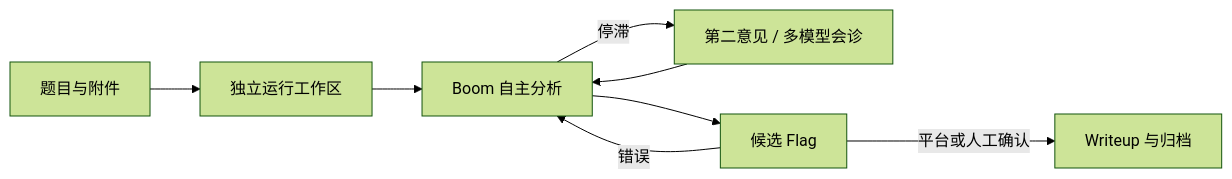
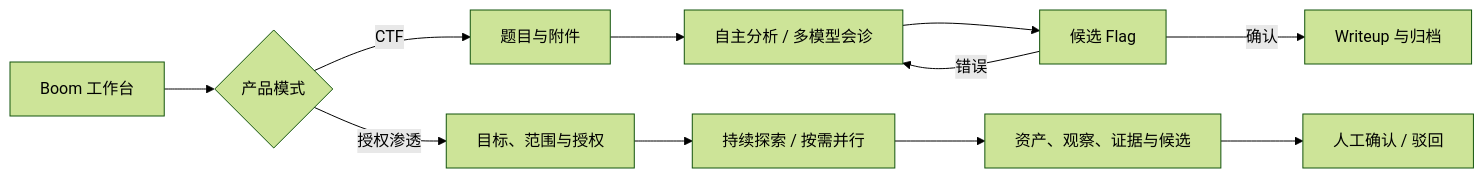
The diagram in README.md (wbw16/CTF-Boom), drawn with Mermaid (forest theme) before and after one commit. The commit also changed other lines of this file and 129 other files, not shown here.

````diff
--- a/README.md
+++ b/README.md
@@ -44,10 +51,13 @@
 ```mermaid
 flowchart LR
-    A["题目与附件"] --> B["独立运行工作区"]
-    B --> C["Boom 自主分析"]
-    C -->|"停滞"| D["第二意见 / 多模型会诊"]
-    D --> C
-    C --> E["候选 Flag"]
-    E -->|"错误"| C
-    E -->|"平台或人工确认"| F["Writeup 与归档"]
+    A["Boom 工作台"] --> B{"产品模式"}
+    B -->|"CTF"| C["题目与附件"]
+    C --> D["自主分析 / 多模型会诊"]
+    D --> E["候选 Flag"]
+    E -->|"错误"| D
+    E -->|"确认"| F["Writeup 与归档"]
+    B -->|"授权渗透"| G["目标、范围与授权"]
+    G --> H["持续探索 / 按需并行"]
+    H --> I["资产、观察、证据与候选"]
+    I --> J["人工确认 / 驳回"]
 ```
````
